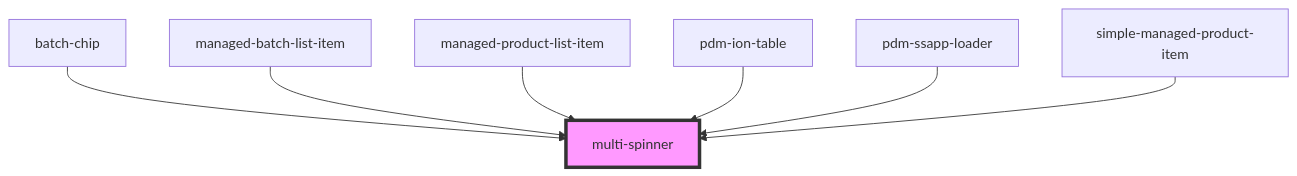
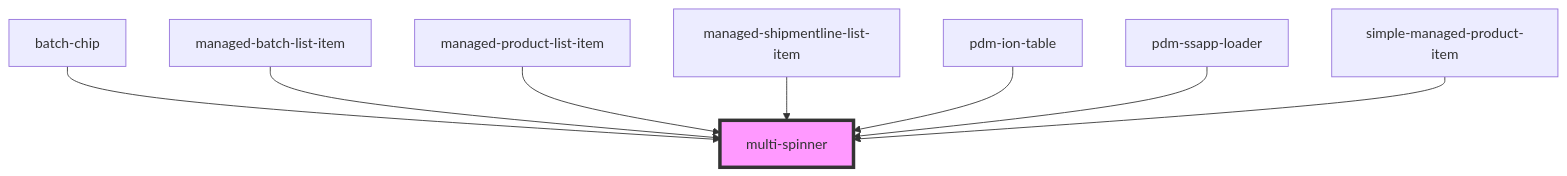
Before and after one commit to PharmaLedger-IMI/fgt-workspace: the diagram in pdm-web-components/src/components/multi-spinner/readme.md, drawn with Mermaid. The commit also changed other lines of this file and 13 other files, not shown here.

````diff
--- a/pdm-web-components/src/components/multi-spinner/readme.md
+++ b/pdm-web-components/src/components/multi-spinner/readme.md
@@ -27,10 +28,11 @@
 ```mermaid
 graph TD;
   batch-chip --> multi-spinner
   managed-batch-list-item --> multi-spinner
   managed-product-list-item --> multi-spinner
+  managed-shipmentline-list-item --> multi-spinner
   pdm-ion-table --> multi-spinner
   pdm-ssapp-loader --> multi-spinner
   simple-managed-product-item --> multi-spinner
   style multi-spinner fill:#f9f,stroke:#333,stroke-width:4px
 ```
````
